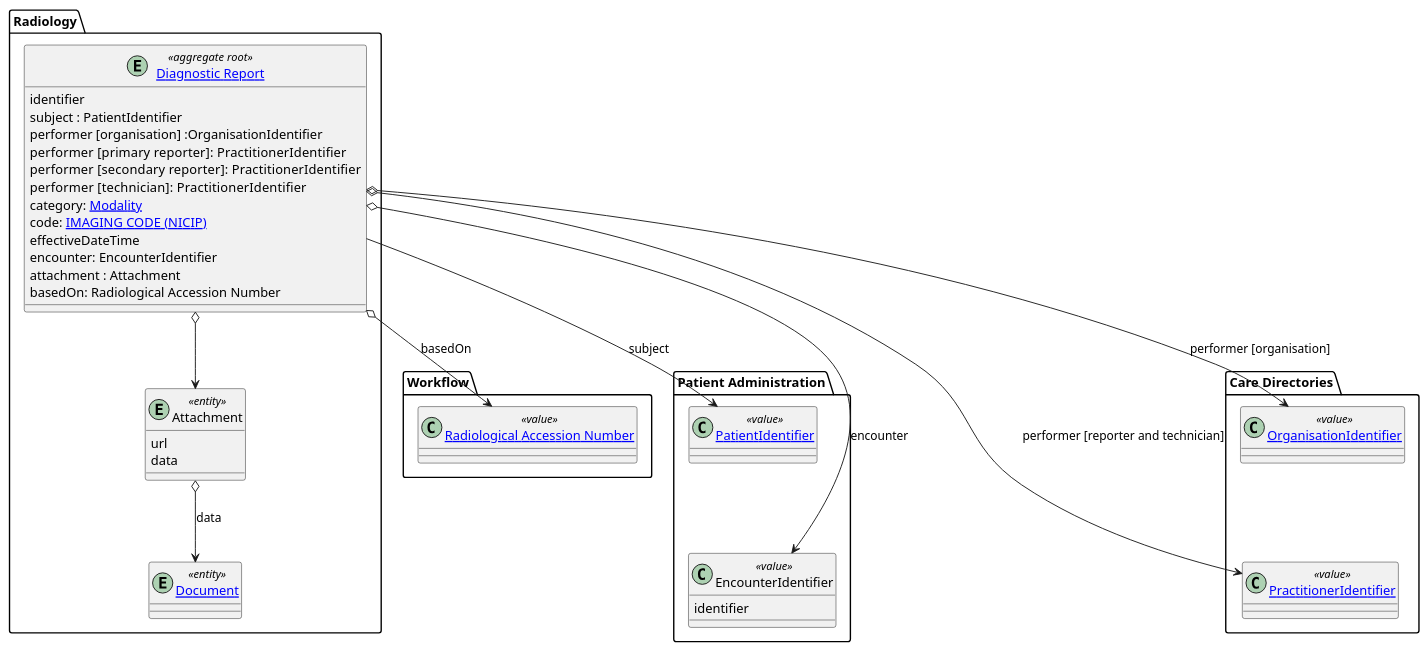
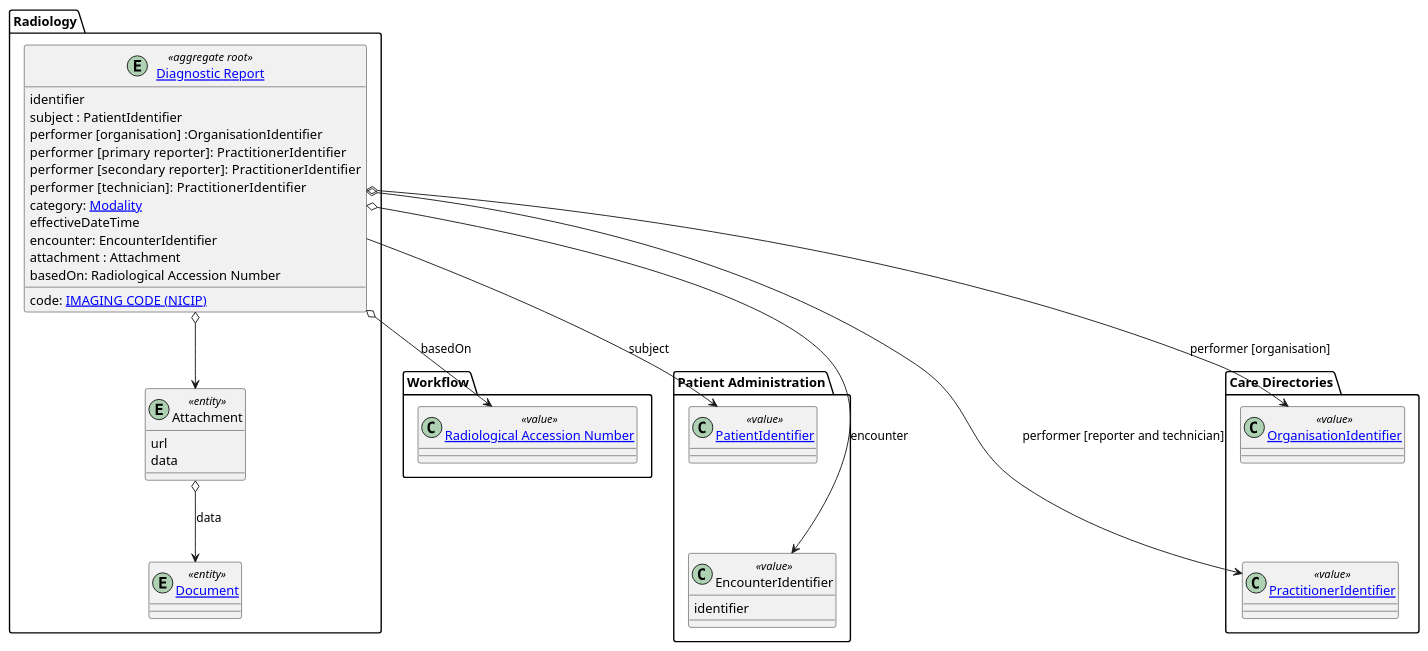
The diagram in input/images-source/entity-diagnostic-report.plantuml (NHSDigital/national-imaging-repository-specification), drawn with PlantUML before and after one commit. The commit also changed 1 other file, not shown here.

```diff
--- a/input/images-source/entity-diagnostic-report.plantuml
+++ b/input/images-source/entity-diagnostic-report.plantuml
@@ -1,81 +1,81 @@
 @startuml
 
 skinparam svgDimensionStyle false
 
 package healthdocuments as "Radiology" {
 
   entity "[[StructureDefinition-DiagnosticReport.html Diagnostic Report]]" as diagnosticReport  <<aggregate root>>  {
     identifier
     subject : PatientIdentifier
     performer [organisation] :OrganisationIdentifier
     performer [primary reporter]:   PractitionerIdentifier
     performer [secondary reporter]:   PractitionerIdentifier
     performer [technician]:   PractitionerIdentifier
-    category: [[https://dicom.nema.org/medical/dicom/current/output/chtml/part16/sect_CID_29.html Modality]]
-    code: [[https://www.datadictionary.nhs.uk/data_elements/imaging_code__nicip_.html IMAGING CODE (NICIP)]]
+    category: [[ValueSet-modality.html Modality]]
+    code: [[ValueSet-imaging-code-nicip.html IMAGING CODE (NICIP)]]
     effectiveDateTime
     encounter: EncounterIdentifier
     attachment : Attachment
     basedOn: Radiological Accession Number
   }
 
   entity "Attachment" as attachment <<entity>> {
     url
     data
     }
 
   entity "[[StructureDefinition-Document.html Document]]" as Document <<entity>> {
   }
 
 
 
 }
 
 
 package Workflow {
   class "[[StructureDefinition-accession-number.html Radiological Accession Number]]" as RadiologicalAccessionNumber <<value>> {
   }
 }
 
 package PatientAdministration as "Patient Administration" {
 
 
   class "[[StructureDefinition-patient-identifier.html PatientIdentifier]]" as PatientIdentifier <<value>> {
   }
 
 
 
   class EncounterIdentifier <<value>> {
     identifier
   }
 
   PatientIdentifier -d[hidden]- EncounterIdentifier
 }
 
 
 package directories as "Care Directories" {
 
 class "[[StructureDefinition-organisation-identifier.html OrganisationIdentifier]]" as OrganisationIdentifier <<value>> {
 }
 
 class "[[StructureDefinition-practitioner-identifier.html PractitionerIdentifier]]" as PractitionerIdentifier <<value>>  {
 }
 
   OrganisationIdentifier -d[hidden]- PractitionerIdentifier
 
 }
 
 
   diagnosticReport o--> attachment
 
   attachment o--> Document : data
 
 
   diagnosticReport -d-> PatientIdentifier : subject
   diagnosticReport o--> EncounterIdentifier: encounter
   diagnosticReport o-d-> OrganisationIdentifier : performer [organisation]
   diagnosticReport o--> PractitionerIdentifier: performer [reporter and technician]
   diagnosticReport o--> RadiologicalAccessionNumber: basedOn
 
 
 @enduml
```
